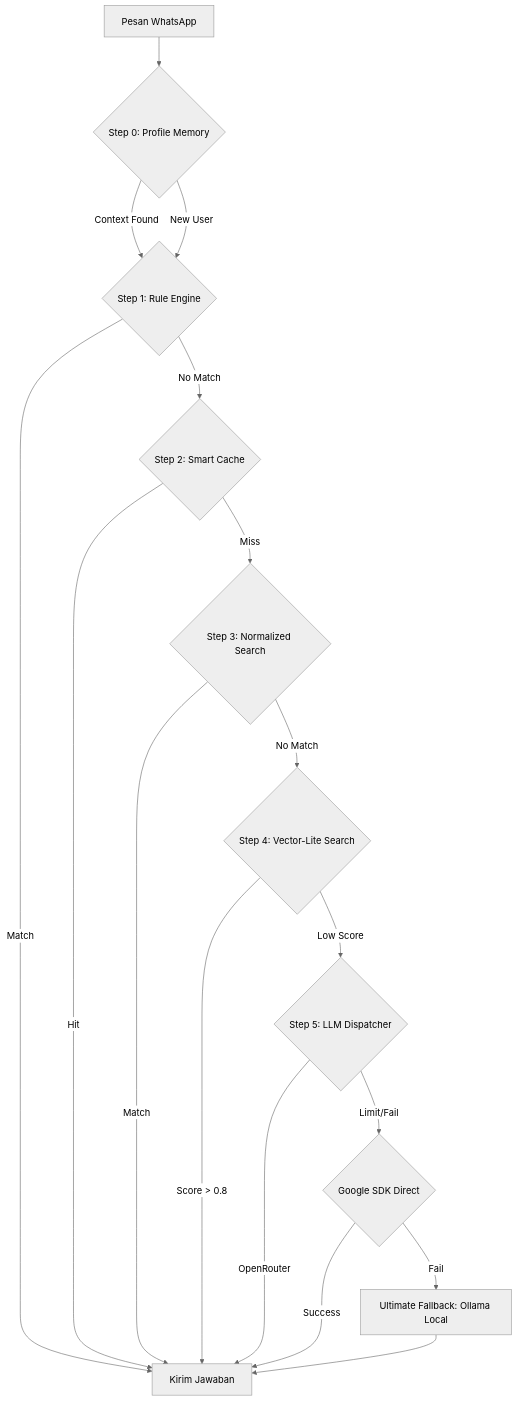
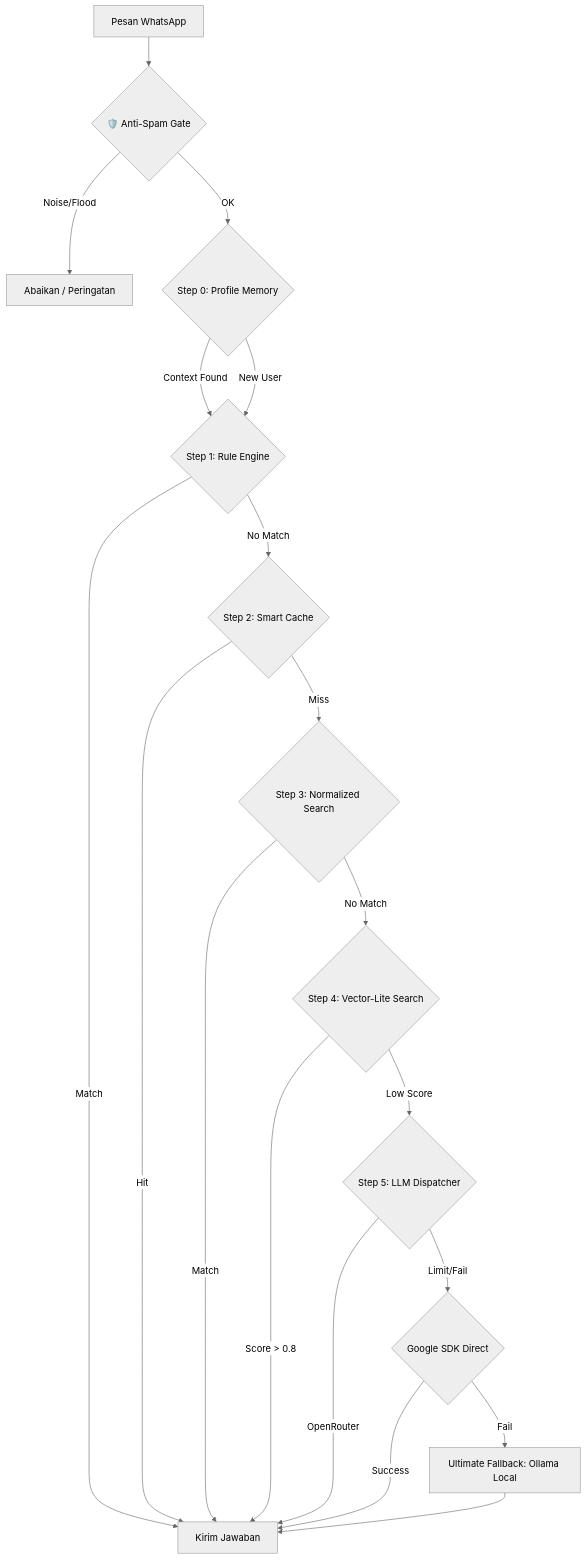
One commit to malikamrullah131/ImiBot changed the diagram in ReadMeForDevs.md. Above: the diagram before and after it, drawn with Mermaid (neutral theme). The commit also changed other lines of this file and 1 other file, not shown here.

Commit message:
docs: update README to v4.1 (Anti-Spam, SaaS API, PDF Knowledge, new admin commands)

````diff
--- a/ReadMeForDevs.md
+++ b/ReadMeForDevs.md
@@ -13,18 +13,20 @@
 ```mermaid
 graph TD
-    A[Pesan WhatsApp] --> B{Step 0: Profile Memory}
-    B -- Context Found --> C{Step 1: Rule Engine}
-    B -- New User --> C
-    C -- Match --> D[Kirim Jawaban]
-    C -- No Match --> E{Step 2: Smart Cache}
-    E -- Hit --> D
-    E -- Miss --> F{Step 3: Normalized Search}
-    F -- Match --> D
-    F -- No Match --> G{Step 4: Vector-Lite Search}
-    G -- Score > 0.8 --> D
-    G -- Low Score --> H{Step 5: LLM Dispatcher}
-    H -- OpenRouter --> D
-    H -- Limit/Fail --> I{Google SDK Direct}
-    I -- Success --> D
-    I -- Fail --> J[Ultimate Fallback: Ollama Local] --> D
+    A[Pesan WhatsApp] --> B{🛡️ Anti-Spam Gate}
+    B -- Noise/Flood --> Z[Abaikan / Peringatan]
+    B -- OK --> C{Step 0: Profile Memory}
+    C -- Context Found --> D{Step 1: Rule Engine}
+    C -- New User --> D
+    D -- Match --> E[Kirim Jawaban]
+    D -- No Match --> F{Step 2: Smart Cache}
+    F -- Hit --> E
+    F -- Miss --> G{Step 3: Normalized Search}
+    G -- Match --> E
+    G -- No Match --> H{Step 4: Vector-Lite Search}
+    H -- Score > 0.8 --> E
+    H -- Low Score --> I{Step 5: LLM Dispatcher}
+    I -- OpenRouter --> E
+    I -- Limit/Fail --> J{Google SDK Direct}
+    J -- Success --> E
+    J -- Fail --> K[Ultimate Fallback: Ollama Local] --> E
 ```
````
